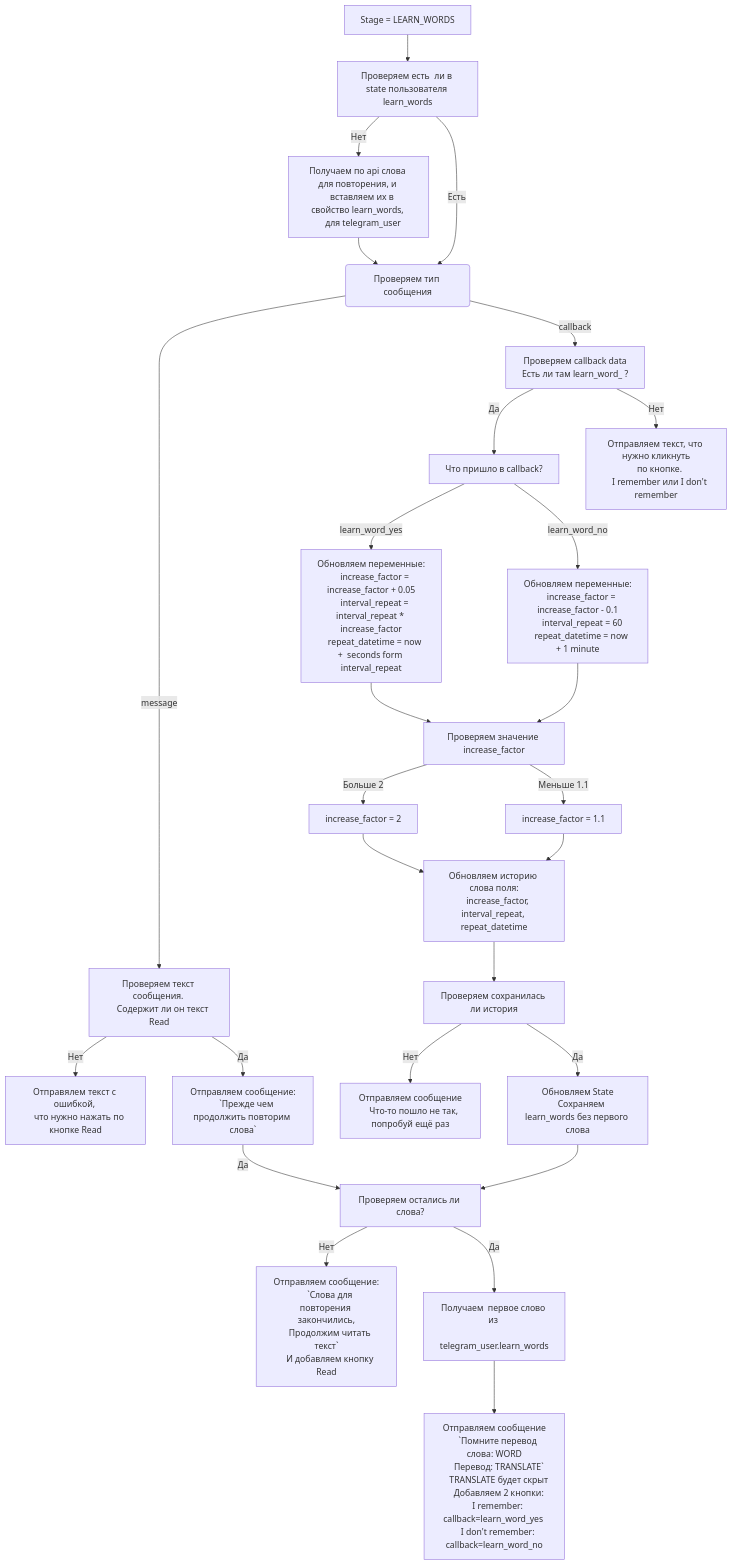
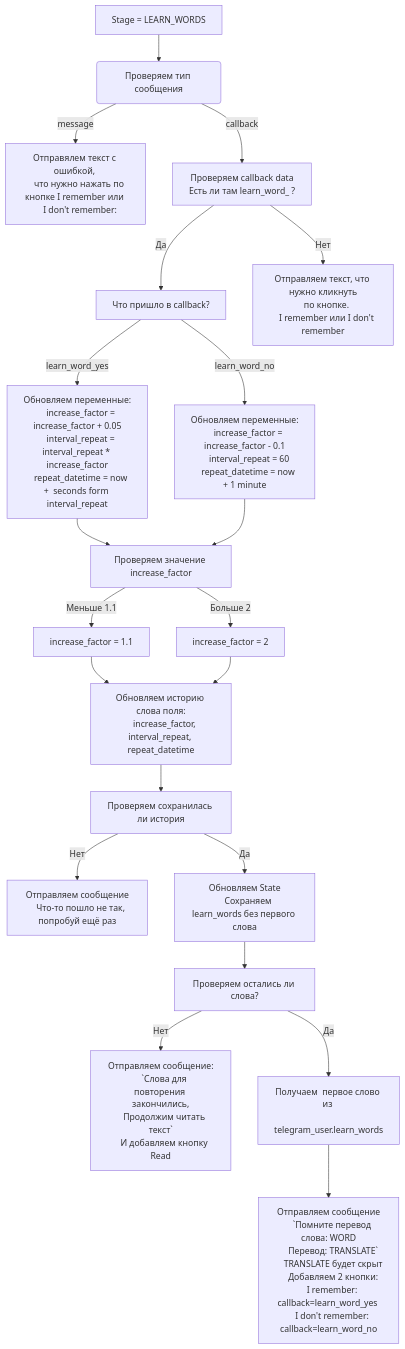
Before and after one commit to psgaiduk/learning_en_telegram_bot: the second of 2 diagrams in documentation/leran_words.md, drawn with Mermaid.

Commit message:
docs(documentation): updaate logic for only LEARN_WORDS

````diff
--- a/documentation/leran_words.md
+++ b/documentation/leran_words.md
@@ -36,68 +36,58 @@
 ```mermaid
 graph TD;
-    start[Stage = LEARN_WORDS] --> check_state_words[Проверяем есть  ли в state пользователя learn_words];
-    check_state_words-->|Нет| dont_have_words[
-    Получаем по api слова для повторения, и 
-    вставляем их в свойство learn_words, 
-    для telegram_user
+    start[Stage = LEARN_WORDS] --> check_type_message(Проверяем тип сообщения)
+    check_type_message --> |message| check_text_message[
+    Отправялем текст с ошибкой, 
+    что нужно нажать по кнопке I remember или 
+    I don't remember:
     ]
-    check_state_words --> |Есть| check_type_message(Проверяем тип сообщения)
-    dont_have_words --> check_type_message
-    check_type_message --> |message| check_text_message[Проверяем текст сообщения. 
-    Содержит ли он текст Read]
     check_type_message --> |callback| check_callback_data[Проверяем callback data
     Есть ли там learn_word_ ?]
-    check_text_message --> |Нет| wrong_text_message[Отправялем текст с ошибкой, 
-    что нужно нажать по кнопке Read]
     check_callback_data --> |Да| check_callback_answer[Что пришло в callback?]
     check_callback_answer --> |learn_word_yes| remember_word[Обновляем переменные:
     increase_factor = increase_factor + 0.05
     interval_repeat = interval_repeat * increase_factor
     repeat_datetime = now +  seconds form interval_repeat]
     check_callback_answer --> |learn_word_no| dont_remember_word[Обновляем переменные:
     increase_factor = increase_factor - 0.1
     interval_repeat = 60
     repeat_datetime = now + 1 minute]
     remember_word --> check_increase_factor[Проверяем значение increase_factor]
     dont_remember_word --> check_increase_factor
     check_increase_factor --> |Больше 2| more_2_increase_factor[increase_factor = 2]
     check_increase_factor --> |Меньше 1.1| less_1.1_increase_factor[increase_factor = 1.1]
     less_1.1_increase_factor --> save_words_history
     more_2_increase_factor --> save_words_history[
     Обновляем историю слова поля:
     increase_factor, interval_repeat, repeat_datetime
     ]
     save_words_history --> check_save_words_history[Проверяем сохранилась ли история]
     check_save_words_history --> |Нет| bad_save_words_history[
     Отправляем сообщение
     Что-то пошло не так, попробуй ещё раз
     ]
     check_save_words_history --> |Да| good_save_words_history[
     Обновляем State
     Сохраняем learn_words без первого слова
     ]
     check_callback_data --> |Нет| wrong_callback_data[Отправляем текст, что нужно кликнуть
     по кнопке. 
     I remember или I don't remember]
-    check_text_message --> |Да| send_first_message[
-    Отправляем сообщение:
-    `Прежде чем продолжить повторим слова`]
-    send_first_message --> |Да| check_learn_words[Проверяем остались ли слова?]
     check_learn_words --> |Нет| send_last_message[
     Отправляем сообщение:
     `Слова для повторения закончились,
     Продолжим читать текст`
     И добавляем кнопку Read] 
     check_learn_words --> |Да| get_first_word[Получаем  первое слово из 
     telegram_user.learn_words]
-    good_save_words_history --> check_learn_words
+    good_save_words_history --> check_learn_words[Проверяем остались ли слова?]
         get_first_word --> send_message[
         Отправляем сообщение
     `Помните перевод слова: WORD
     Перевод: TRANSLATE`
     TRANSLATE будет скрыт
     Добавляем 2 кнопки:
     I remember: callback=learn_word_yes 
     I don't remember: callback=learn_word_no
     ]
 ```
````
